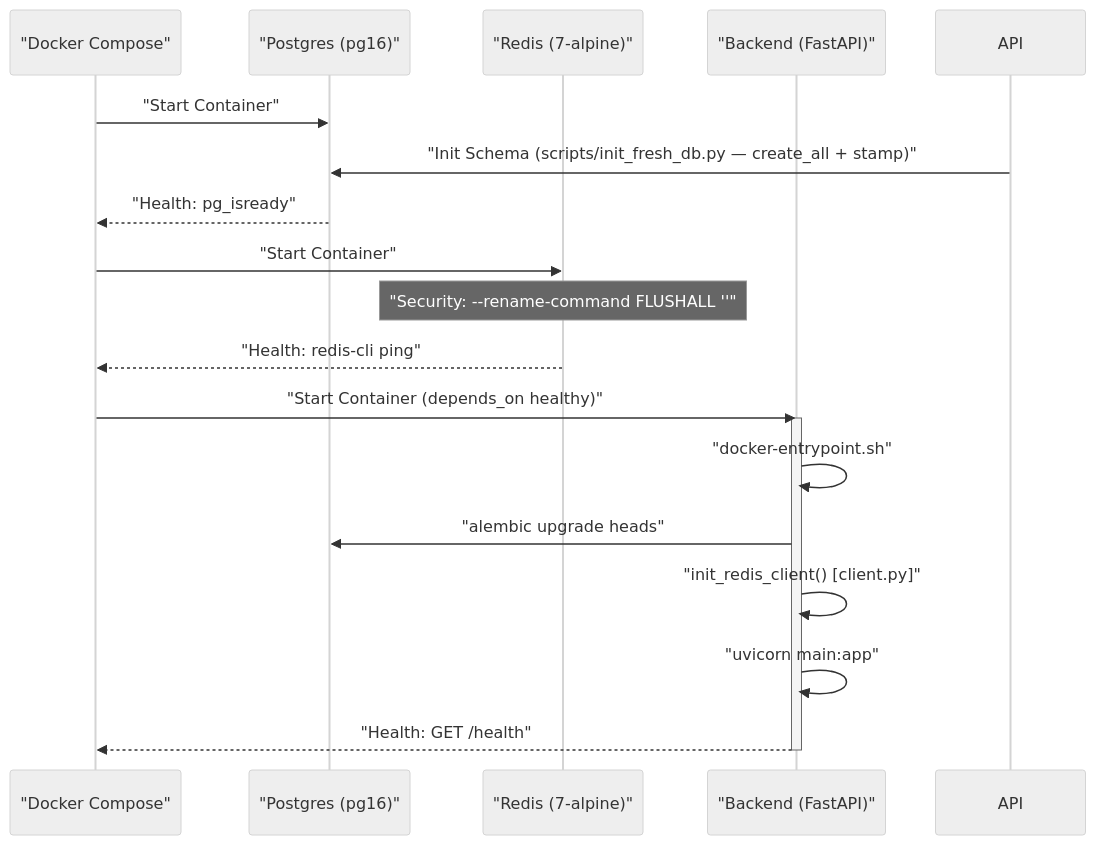
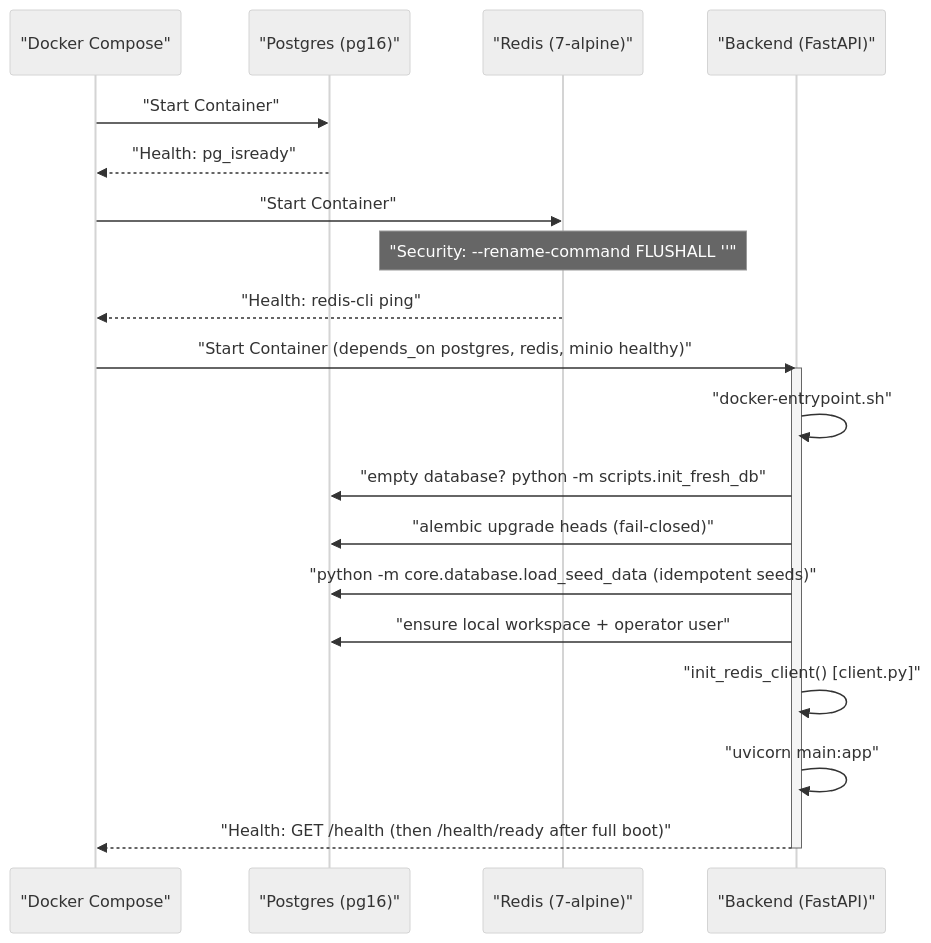
The second of 2 diagrams in docs/getting-started/installation-setup.md (AutomatosAI/automatos-ai), drawn with Mermaid (neutral theme) before and after one commit. The commit also changed other lines of this file and 19 other files, not shown here.

````diff
--- a/docs/getting-started/installation-setup.md
+++ b/docs/getting-started/installation-setup.md
@@ -121,24 +127,26 @@
 ```mermaid
 sequenceDiagram
     participant DC as "Docker Compose"
     participant PG as "Postgres (pg16)"
     participant RD as "Redis (7-alpine)"
     participant BE as "Backend (FastAPI)"
     
     DC->>PG: "Start Container"
-    API->>PG: "Init Schema (scripts/init_fresh_db.py — create_all + stamp)"
     PG-->>DC: "Health: pg_isready"
     
     DC->>RD: "Start Container"
     Note over RD: "Security: --rename-command FLUSHALL ''"
     RD-->>DC: "Health: redis-cli ping"
     
-    DC->>BE: "Start Container (depends_on healthy)"
+    DC->>BE: "Start Container (depends_on postgres, redis, minio healthy)"
     activate BE
     BE->>BE: "docker-entrypoint.sh"
-    BE->>PG: "alembic upgrade heads"
+    BE->>PG: "empty database? python -m scripts.init_fresh_db"
+    BE->>PG: "alembic upgrade heads (fail-closed)"
+    BE->>PG: "python -m core.database.load_seed_data (idempotent seeds)"
+    BE->>PG: "ensure local workspace + operator user"
     BE->>BE: "init_redis_client() [client.py]"
     BE->>BE: "uvicorn main:app"
-    BE-->>DC: "Health: GET /health"
+    BE-->>DC: "Health: GET /health (then /health/ready after full boot)"
     deactivate BE
 ```
````
